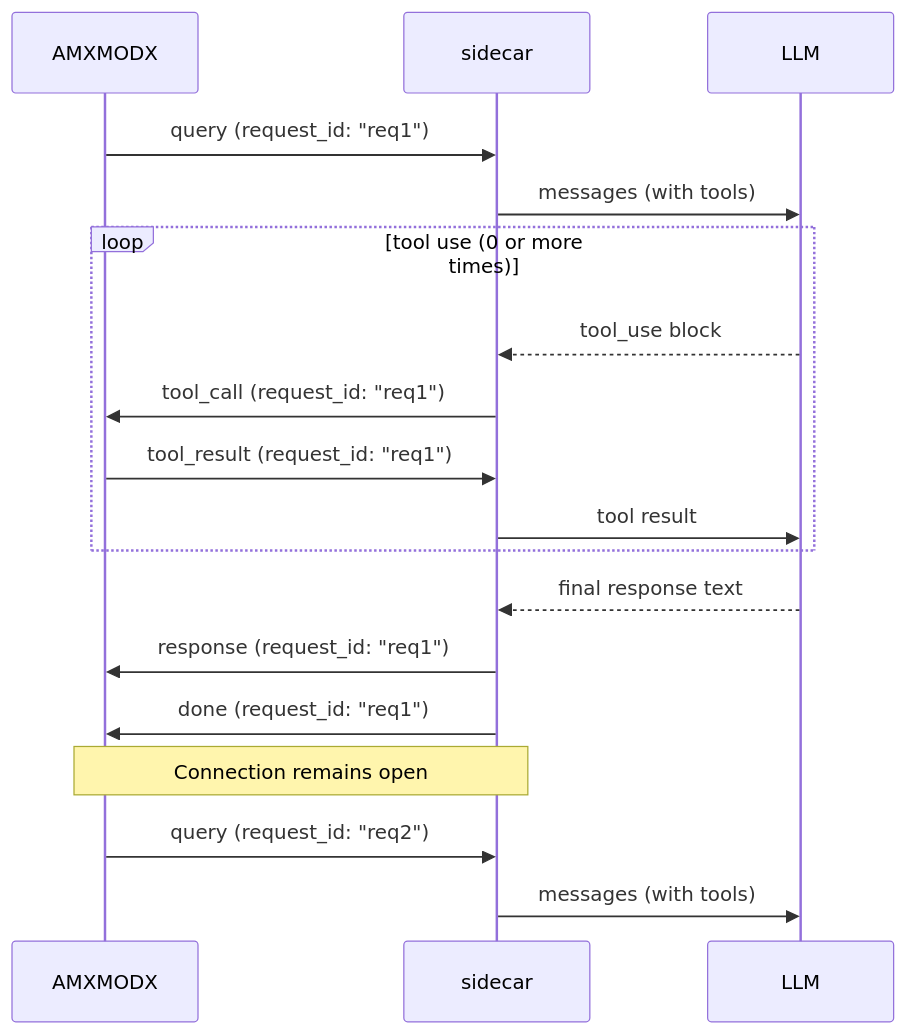
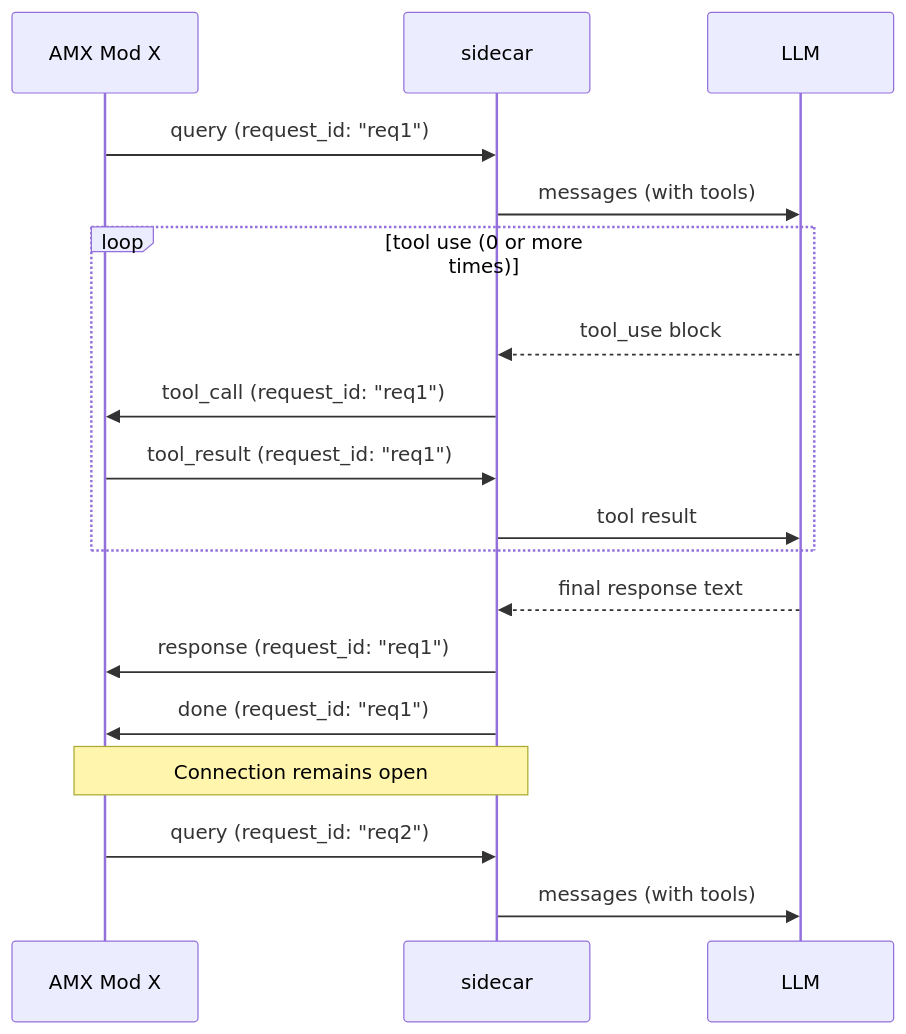
Before and after one commit to omar-hindawi98/amxx-agent: the diagram in docs/protocol.md, drawn with Mermaid. The commit also changed other lines of this file and 22 other files, not shown here.

````diff
--- a/docs/protocol.md
+++ b/docs/protocol.md
@@ -9,25 +9,25 @@
 ```mermaid
 sequenceDiagram
-    participant AMX as AMXMODX
+    participant AMX as AMX Mod X
     participant SC as sidecar
     participant LLM
 
     AMX->>SC: query (request_id: "req1")
     SC->>LLM: messages (with tools)
 
     loop tool use (0 or more times)
         LLM-->>SC: tool_use block
         SC->>AMX: tool_call (request_id: "req1")
         AMX->>SC: tool_result (request_id: "req1")
         SC->>LLM: tool result
     end
 
     LLM-->>SC: final response text
     SC->>AMX: response (request_id: "req1")
     SC->>AMX: done (request_id: "req1")
     
     Note over AMX,SC: Connection remains open
     
     AMX->>SC: query (request_id: "req2")
     SC->>LLM: messages (with tools)
 ```
````
